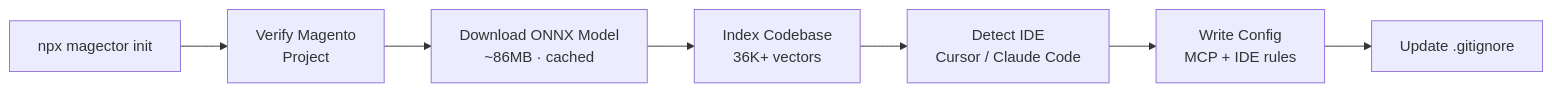
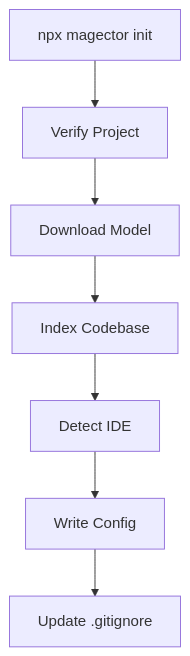
Before and after one commit to krejcif/magector: the fourth of 10 diagrams in README.md, drawn with Mermaid. The commit also changed other lines of this file and 1 other file, not shown here.

First line of the commit message:
Optimize Mermaid diagrams for GitHub viewer and fix parse errors

````diff
--- a/README.md
+++ b/README.md
@@ -147,9 +149,9 @@
 ```mermaid
-flowchart LR
-  A["npx magector init"] --> B[Verify Magento\nProject]
-  B --> C[Download ONNX Model\n~86MB · cached]
-  C --> D[Index Codebase\n36K+ vectors]
-  D --> E[Detect IDE\nCursor / Claude Code]
-  E --> F[Write Config\nMCP + IDE rules]
+flowchart TD
+  A["npx magector init"] --> B[Verify Project]
+  B --> C[Download Model]
+  C --> D[Index Codebase]
+  D --> E[Detect IDE]
+  E --> F[Write Config]
   F --> G[Update .gitignore]
 ```
````
